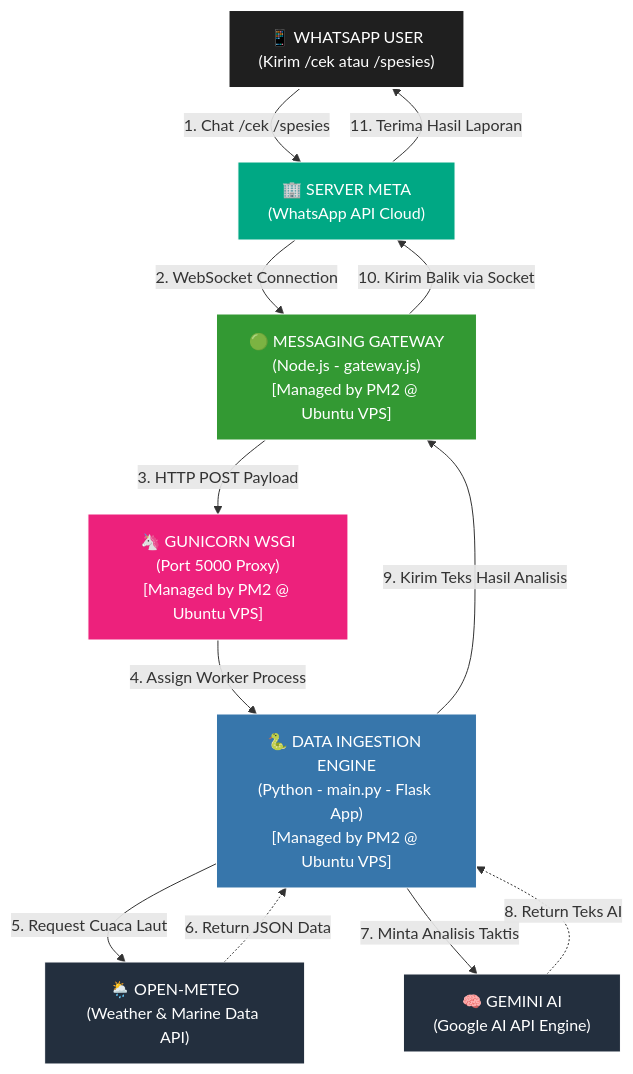
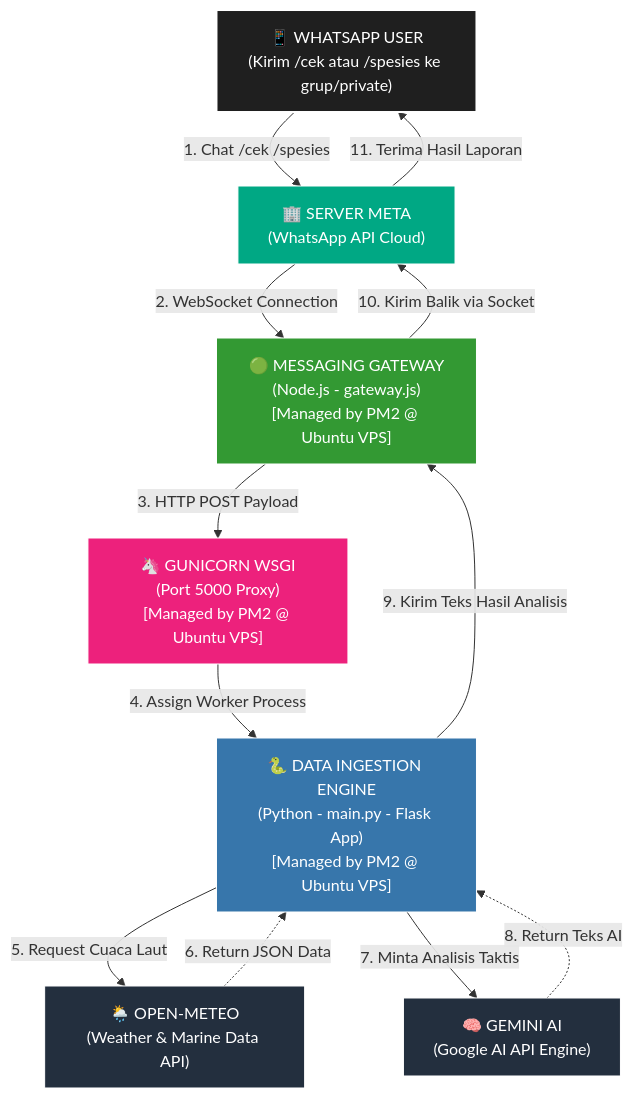
The diagram in content.id/projects/bot-fishing.md (AdienDendra/architect-web), drawn with Mermaid before and after one commit. The commit also changed other lines of this file, not shown here.

```diff
--- a/content.id/projects/bot-fishing.md
+++ b/content.id/projects/bot-fishing.md
@@ -60,38 +64,38 @@
 {{< mermaid >}}
 
 graph TD
     %% Define Styles (Tema Dark Mode Portofolio)
     classDef user fill:#1f1f1f,stroke:#fff,stroke-width:2px,color:#fff;
     classDef meta fill:#00a884,stroke:#fff,stroke-width:1px,color:#fff;
     classDef nodejs fill:#339933,stroke:#fff,stroke-width:1px,color:#fff;
     classDef guni fill:#ed217c,stroke:#fff,stroke-width:1px,color:#fff;
     classDef python fill:#3776AB,stroke:#fff,stroke-width:1px,color:#fff;
     classDef external fill:#232F3E,stroke:#fff,stroke-width:1px,color:#fff;
 
     %% --- SUSUNAN NODE LURUS SATU KOLOM ---
-    User["📱 WHATSAPP USER<br>(Kirim /cek atau /spesies)"]:::user
+    User["📱 WHATSAPP USER<br>(Kirim /cek atau /spesies ke grup/private)"]:::user
     Meta["🏢 SERVER META<br>(WhatsApp API Cloud)"]:::meta
     NodeApp["🟢 MESSAGING GATEWAY<br>(Node.js - gateway.js)<br>[Managed by PM2 @ Ubuntu VPS]"]:::nodejs
     GuniMaster["🦄 GUNICORN WSGI<br>(Port 5000 Proxy)<br>[Managed by PM2 @ Ubuntu VPS]"]:::guni
     MainPy["🐍 DATA INGESTION ENGINE<br>(Python - main.py - Flask App)<br>[Managed by PM2 @ Ubuntu VPS]"]:::python
     BOM["🌦️ OPEN-METEO<br>(Weather & Marine Data API)"]:::external
     Gemini["🧠 GEMINI AI<br>(Google AI API Engine)"]:::external
 
     %% === FLOW ALUR MASUK (LURUS VERTIKAL KE BAWAH) ===
     User -->|1. Chat /cek /spesies| Meta
     Meta -->|2. WebSocket Connection| NodeApp
     NodeApp -->|3. HTTP POST Payload| GuniMaster
     GuniMaster -->|4. Assign Worker Process| MainPy
     
     %% === INTERAKSI API DI LEVEL BAWAH ===
     MainPy -->|5. Request Cuaca Laut| BOM
     BOM -.->|6. Return JSON Data| MainPy
     MainPy -->|7. Minta Analisis Taktis| Gemini
     Gemini -.->|8. Return Teks AI| MainPy
     
     %% === FLOW ALUR KELUAR (LURUS KEMBALI NAIK KE ATAS) ===
     MainPy -->|9. Kirim Teks Hasil Analisis| NodeApp
     NodeApp -->|10. Kirim Balik via Socket| Meta
     Meta -->|11. Terima Hasil Laporan| User
 
 {{< /mermaid >}}
```
